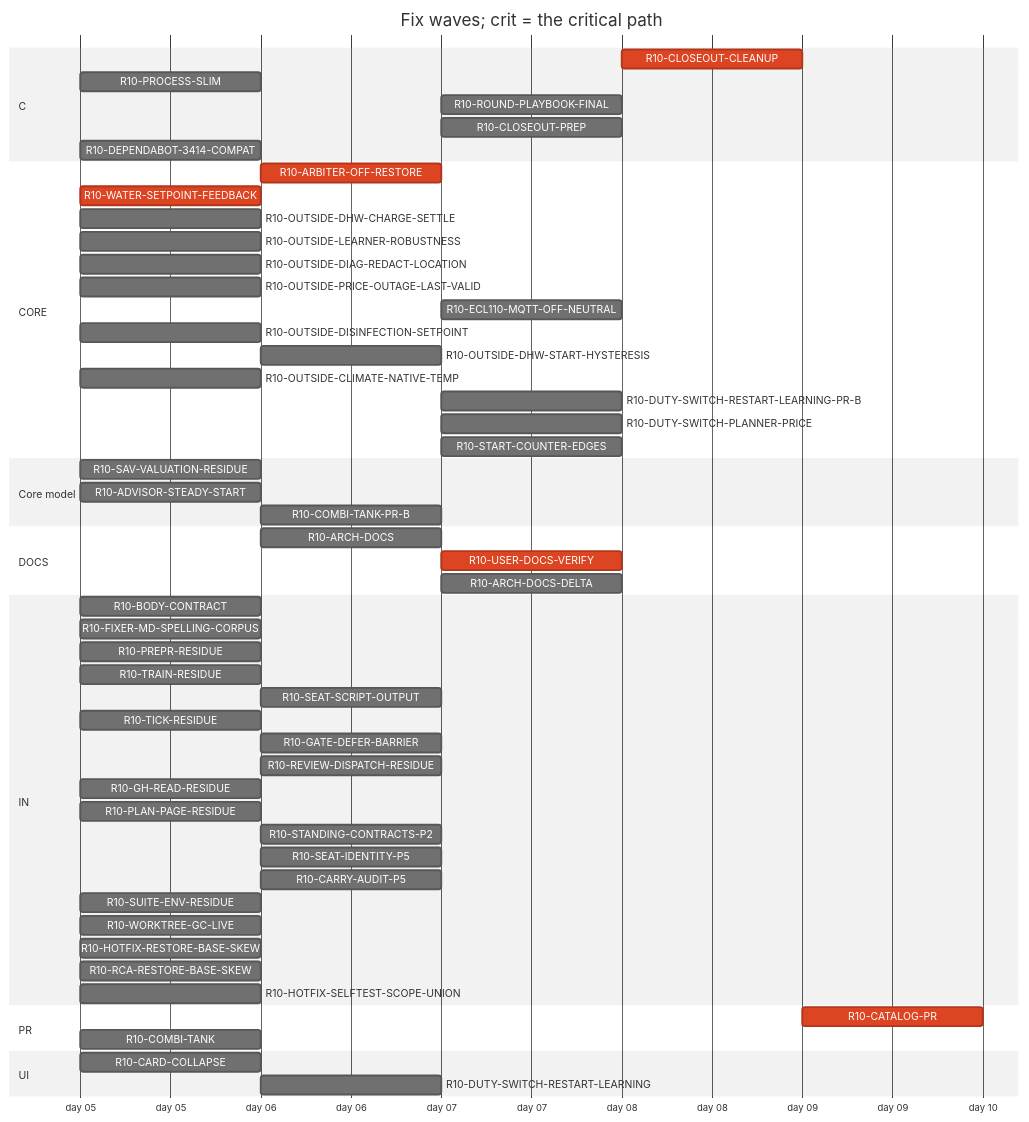
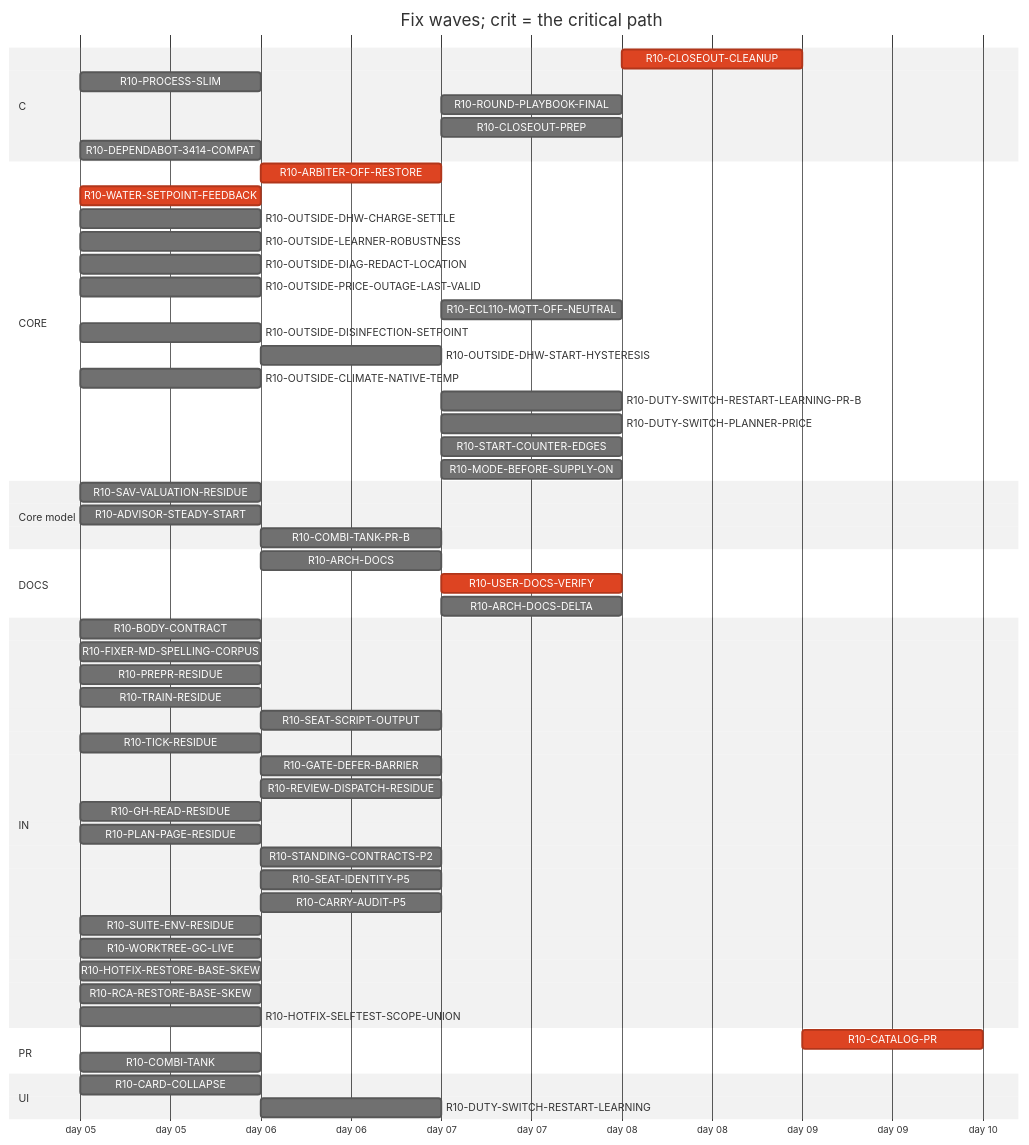
The diagram in handoff/round10/state/PLAN-TABLE.md (tvofi/heatpump_optimizer), drawn with Mermaid (neutral theme) before and after one commit. The commit also changed other lines of this file and 2 other files, not shown here.

Commit message:
state: FLOW-BOARD.md, NEXT-SESSION-PROMPT.md, PLAN-TABLE.md, PLAN.html, RESUME-CURRENT.md regenerated (state_docs.py)

````diff
--- a/handoff/round10/state/PLAN-TABLE.md
+++ b/handoff/round10/state/PLAN-TABLE.md
@@ -20,59 +20,60 @@
 ```mermaid
 gantt
   title Fix waves; crit = the critical path
   dateFormat YYYY-MM-DD
   axisFormat day %d
   section C
     R10-CLOSEOUT-CLEANUP :crit, r10CLOSEOUTCLEANUP, after r10ARCHDOCS r10USERDOCSVERIFY r10ROUNDPLAYBOOKFINAL r10CLOSEOUTPREP r10ARCHDOCSDELTA, 1d
     R10-PROCESS-SLIM :r10PROCESSSLIM, 2026-01-05, 1d
     R10-ROUND-PLAYBOOK-FINAL :r10ROUNDPLAYBOOKFINAL, after r10BODYCONTRACT r10PROCESSSLIM r10FIXERMDSPELLINGCORPUS r10PREPRRESIDUE r10SEATSCRIPTOUTPUT r10REVIEWDISPATCHRESIDUE r10CARRYAUDITP5 r10TICKRESIDUE r10SEATIDENTITYP5 r10STANDINGCONTRACTSP2 r10PLANPAGERESIDUE r10TRAINRESIDUE r10GHREADRESIDUE r10SUITEENVRESIDUE r10GATEDEFERBARRIER r10WORKTREEGCLIVE, 1d
     R10-CLOSEOUT-PREP :r10CLOSEOUTPREP, after r10ARCHDOCS r10BODYCONTRACT r10PROCESSSLIM r10FIXERMDSPELLINGCORPUS r10PREPRRESIDUE r10SEATSCRIPTOUTPUT r10REVIEWDISPATCHRESIDUE r10CARRYAUDITP5 r10TICKRESIDUE r10SEATIDENTITYP5 r10STANDINGCONTRACTSP2 r10PLANPAGERESIDUE r10TRAINRESIDUE r10GHREADRESIDUE r10SUITEENVRESIDUE r10GATEDEFERBARRIER r10WORKTREEGCLIVE, 1d
     R10-DEPENDABOT-3414-COMPAT :r10DEPENDABOT3414COMPAT, 2026-01-05, 1d
   section CORE
     R10-ARBITER-OFF-RESTORE :crit, r10ARBITEROFFRESTORE, after r10WATERSETPOINTFEEDBACK, 1d
     R10-WATER-SETPOINT-FEEDBACK :crit, r10WATERSETPOINTFEEDBACK, 2026-01-05, 1d
     R10-OUTSIDE-DHW-CHARGE-SETTLE :r10OUTSIDEDHWCHARGESETTLE, 2026-01-05, 1d
     R10-OUTSIDE-LEARNER-ROBUSTNESS :r10OUTSIDELEARNERROBUSTNESS, 2026-01-05, 1d
     R10-OUTSIDE-DIAG-REDACT-LOCATION :r10OUTSIDEDIAGREDACTLOCATION, 2026-01-05, 1d
     R10-OUTSIDE-PRICE-OUTAGE-LAST-VALID :r10OUTSIDEPRICEOUTAGELASTVALID, 2026-01-05, 1d
     R10-ECL110-MQTT-OFF-NEUTRAL :r10ECL110MQTTOFFNEUTRAL, after r10ARBITEROFFRESTORE, 1d
     R10-OUTSIDE-DISINFECTION-SETPOINT :r10OUTSIDEDISINFECTIONSETPOINT, 2026-01-05, 1d
     R10-OUTSIDE-DHW-START-HYSTERESIS :r10OUTSIDEDHWSTARTHYSTERESIS, after r10OUTSIDEDISINFECTIONSETPOINT, 1d
     R10-OUTSIDE-CLIMATE-NATIVE-TEMP :r10OUTSIDECLIMATENATIVETEMP, 2026-01-05, 1d
     R10-DUTY-SWITCH-RESTART-LEARNING-PR-B :r10DUTYSWITCHRESTARTLEARNINGPRB, after r10DUTYSWITCHRESTARTLEARNING, 1d
     R10-DUTY-SWITCH-PLANNER-PRICE :r10DUTYSWITCHPLANNERPRICE, after r10DUTYSWITCHRESTARTLEARNING, 1d
     R10-START-COUNTER-EDGES :r10STARTCOUNTEREDGES, after r10DUTYSWITCHRESTARTLEARNING, 1d
+    R10-MODE-BEFORE-SUPPLY-ON :r10MODEBEFORESUPPLYON, after r10DUTYSWITCHRESTARTLEARNING, 1d
   section Core model
     R10-SAV-VALUATION-RESIDUE :r10SAVVALUATIONRESIDUE, 2026-01-05, 1d
     R10-ADVISOR-STEADY-START :r10ADVISORSTEADYSTART, 2026-01-05, 1d
     R10-COMBI-TANK-PR-B :r10COMBITANKPRB, after r10COMBITANK, 1d
   section DOCS
     R10-ARCH-DOCS :r10ARCHDOCS, after r10BODYCONTRACT r10PROCESSSLIM, 1d
     R10-USER-DOCS-VERIFY :crit, r10USERDOCSVERIFY, after r10ARBITEROFFRESTORE r10COMBITANK, 1d
     R10-ARCH-DOCS-DELTA :r10ARCHDOCSDELTA, after r10ARCHDOCS r10ARBITEROFFRESTORE r10COMBITANK r10SAVVALUATIONRESIDUE r10ADVISORSTEADYSTART r10COMBITANKPRB, 1d
   section IN
     R10-BODY-CONTRACT :r10BODYCONTRACT, 2026-01-05, 1d
     R10-FIXER-MD-SPELLING-CORPUS :r10FIXERMDSPELLINGCORPUS, 2026-01-05, 1d
     R10-PREPR-RESIDUE :r10PREPRRESIDUE, 2026-01-05, 1d
     R10-TRAIN-RESIDUE :r10TRAINRESIDUE, 2026-01-05, 1d
     R10-SEAT-SCRIPT-OUTPUT :r10SEATSCRIPTOUTPUT, after r10TRAINRESIDUE, 1d
     R10-TICK-RESIDUE :r10TICKRESIDUE, 2026-01-05, 1d
     R10-GATE-DEFER-BARRIER :r10GATEDEFERBARRIER, after r10TRAINRESIDUE r10TICKRESIDUE, 1d
     R10-REVIEW-DISPATCH-RESIDUE :r10REVIEWDISPATCHRESIDUE, after r10PROCESSSLIM, 1d
     R10-GH-READ-RESIDUE :r10GHREADRESIDUE, 2026-01-05, 1d
     R10-PLAN-PAGE-RESIDUE :r10PLANPAGERESIDUE, 2026-01-05, 1d
     R10-STANDING-CONTRACTS-P2 :r10STANDINGCONTRACTSP2, after r10FIXERMDSPELLINGCORPUS, 1d
     R10-SEAT-IDENTITY-P5 :r10SEATIDENTITYP5, after r10TICKRESIDUE, 1d
     R10-CARRY-AUDIT-P5 :r10CARRYAUDITP5, after r10BODYCONTRACT, 1d
     R10-SUITE-ENV-RESIDUE :r10SUITEENVRESIDUE, 2026-01-05, 1d
     R10-WORKTREE-GC-LIVE :r10WORKTREEGCLIVE, 2026-01-05, 1d
     R10-HOTFIX-RESTORE-BASE-SKEW :r10HOTFIXRESTOREBASESKEW, 2026-01-05, 1d
     R10-RCA-RESTORE-BASE-SKEW :r10RCARESTOREBASESKEW, 2026-01-05, 1d
     R10-HOTFIX-SELFTEST-SCOPE-UNION :r10HOTFIXSELFTESTSCOPEUNION, 2026-01-05, 1d
   section PR
     R10-CATALOG-PR :crit, r10CATALOGPR, after r10USERDOCSVERIFY r10ARCHDOCS r10ROUNDPLAYBOOKFINAL r10CLOSEOUTCLEANUP r10CLOSEOUTPREP r10ARCHDOCSDELTA, 1d
     R10-COMBI-TANK :r10COMBITANK, 2026-01-05, 1d
   section UI
     R10-CARD-COLLAPSE :r10CARDCOLLAPSE, 2026-01-05, 1d
     R10-DUTY-SWITCH-RESTART-LEARNING :r10DUTYSWITCHRESTARTLEARNING, after r10WATERSETPOINTFEEDBACK, 1d
 ```
````
